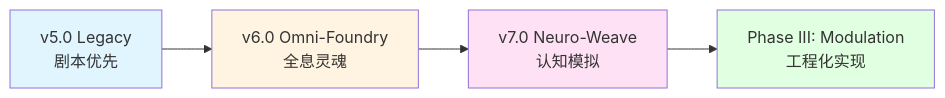
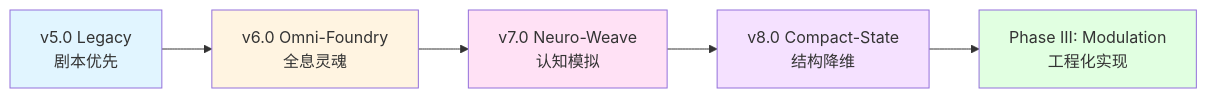
Before and after one commit to 3aKHP/Neural-Narratology: the diagram in 02_Resonance/README.md, drawn with Mermaid. The commit also changed other lines of this file and 14 other files, not shown here.

````diff
--- a/02_Resonance/README.md
+++ b/02_Resonance/README.md
@@ -51,11 +56,13 @@
 ```mermaid
 graph LR
     A[v5.0 Legacy<br/>剧本优先] --> B[v6.0 Omni-Foundry<br/>全息灵魂]
     B --> C[v7.0 Neuro-Weave<br/>认知模拟]
-    C --> D[Phase III: Modulation<br/>工程化实现]
+    C --> D[v8.0 Compact-State<br/>结构降维]
+    D --> E[Phase III: Modulation<br/>工程化实现]
     
     style A fill:#e1f5ff
     style B fill:#fff4e1
     style C fill:#ffe1f5
-    style D fill:#e1ffe1
+    style D fill:#f5e1ff
+    style E fill:#e1ffe1
 ```
````
